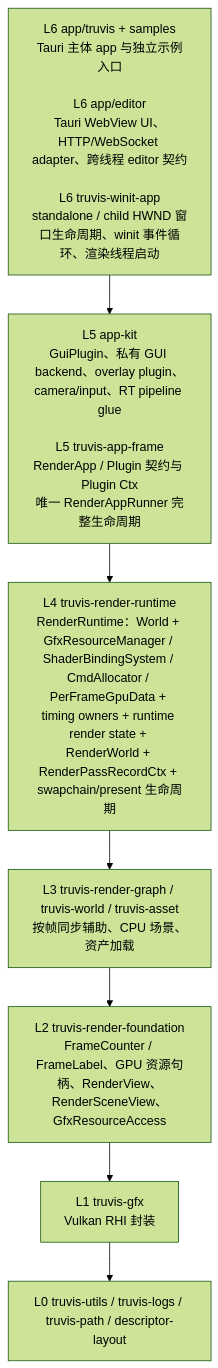
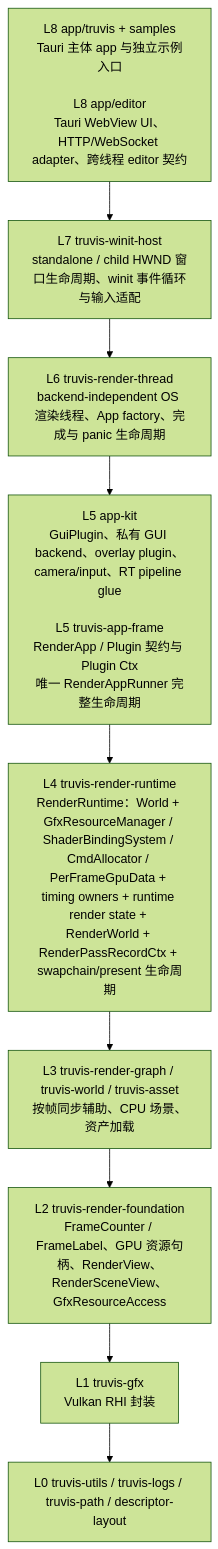
The first of 3 diagrams in docs/summaries/layering-and-dependency-boundaries.md (acccoco/TruvisRenderer), drawn with Mermaid (forest theme) before and after one commit. The commit also changed other lines of this file and 35 other files, not shown here.

Commit message:
[update/refactor] 拆分 platform 层与 RenderThread 宿主

````diff
--- a/docs/summaries/layering-and-dependency-boundaries.md
+++ b/docs/summaries/layering-and-dependency-boundaries.md
@@ -9,11 +9,13 @@
 ```mermaid
 flowchart TB
-    L6["L6 app/truvis + samples<br/>Tauri 主体 app 与独立示例入口<br/><br/>L6 app/editor<br/>Tauri WebView UI、HTTP/WebSocket adapter、跨线程 editor 契约<br/><br/>L6 truvis-winit-app<br/>standalone / child HWND 窗口生命周期、winit 事件循环、渲染线程启动"]
+    L8["L8 app/truvis + samples<br/>Tauri 主体 app 与独立示例入口<br/><br/>L8 app/editor<br/>Tauri WebView UI、HTTP/WebSocket adapter、跨线程 editor 契约"]
+    L7["L7 truvis-winit-host<br/>standalone / child HWND 窗口生命周期、winit 事件循环与输入适配"]
+    L6["L6 truvis-render-thread<br/>backend-independent OS 渲染线程、App factory、完成与 panic 生命周期"]
     L5["L5 app-kit<br/>GuiPlugin、私有 GUI backend、overlay plugin、camera/input、RT pipeline glue<br/><br/>L5 truvis-app-frame<br/>RenderApp / Plugin 契约与 Plugin Ctx<br/>唯一 RenderAppRunner 完整生命周期"]
     L4["L4 truvis-render-runtime<br/>RenderRuntime：World + GfxResourceManager / ShaderBindingSystem / CmdAllocator / PerFrameGpuData + timing owners + runtime render state + RenderWorld + RenderPassRecordCtx + swapchain/present 生命周期"]
     L3["L3 truvis-render-graph / truvis-world / truvis-asset<br/>按帧同步辅助、CPU 场景、资产加载"]
     L2["L2 truvis-render-foundation<br/>FrameCounter / FrameLabel、GPU 资源句柄、RenderView、RenderSceneView、GfxResourceAccess"]
     L1["L1 truvis-gfx<br/>Vulkan RHI 封装"]
     L0["L0 truvis-utils / truvis-logs / truvis-path / descriptor-layout"]
-    L6 --> L5 --> L4 --> L3 --> L2 --> L1 --> L0
+    L8 --> L7 --> L6 --> L5 --> L4 --> L3 --> L2 --> L1 --> L0
 ```
````
